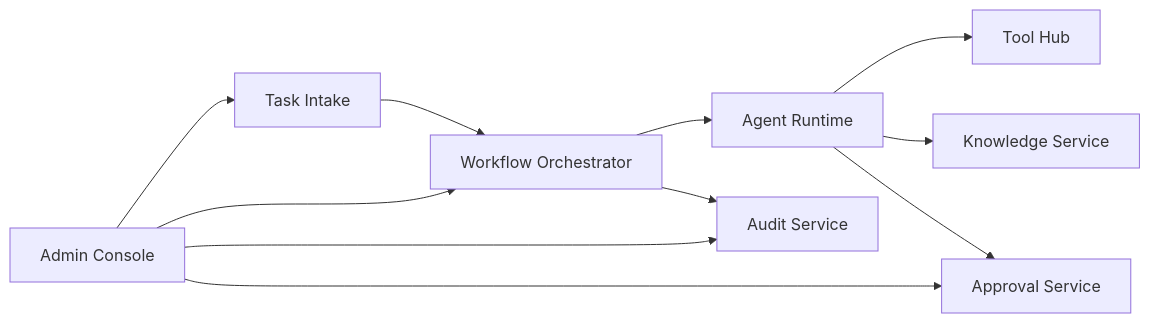
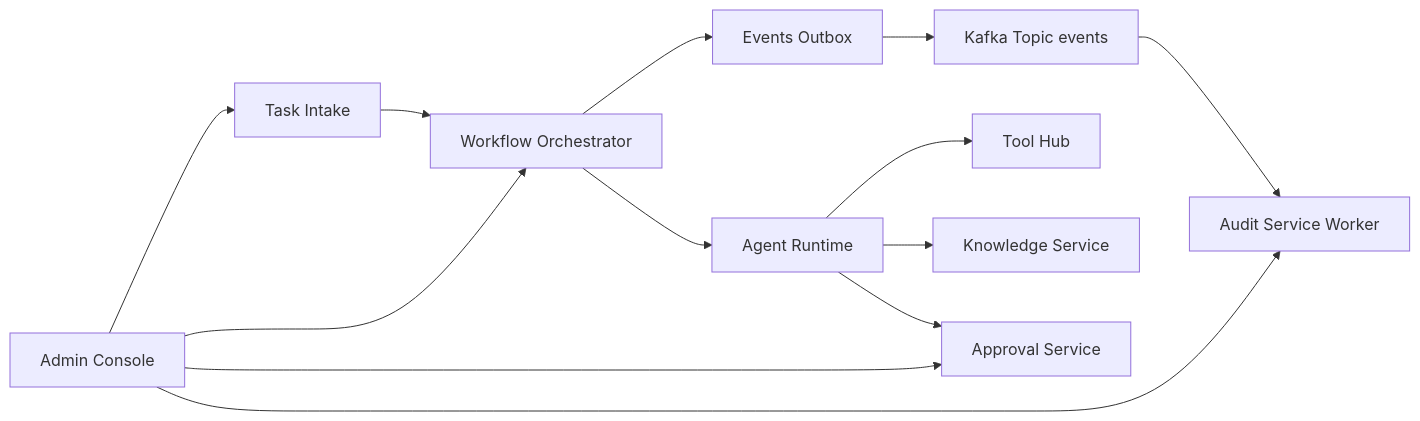
One commit to nhattruowng/BizFlowAgentHub changed the diagram in docs/architecture/overview.md. Above: the diagram before and after it, drawn with Mermaid. The commit also changed other lines of this file and 31 other files, not shown here.

Commit message:
Add Kafka outbox relay and refresh docs

````diff
--- a/docs/architecture/overview.md
+++ b/docs/architecture/overview.md
@@ -21,13 +22,15 @@
 ```mermaid
 flowchart LR
   A[Task Intake] --> B[Workflow Orchestrator]
+  B --> O[Events Outbox]
+  O --> K[Kafka Topic events]
   B --> C[Agent Runtime]
   C --> D[Tool Hub]
   C --> E[Knowledge Service]
   C --> F[Approval Service]
-  B --> G[Audit Service]
+  K --> G[Audit Service Worker]
   H[Admin Console] --> A
   H --> B
   H --> F
   H --> G
 ```
````
